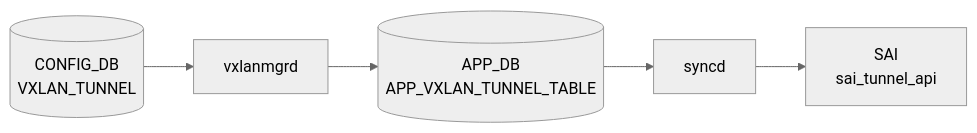
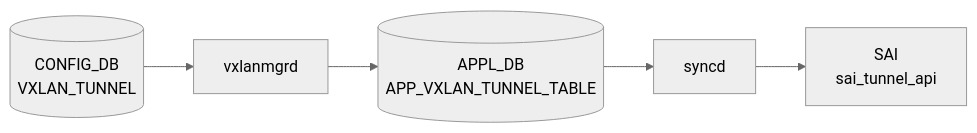
The first of 2 diagrams in docs/reference/config-db/tunnel-encap-orch.md (aoki-taquan/sonic-unofficial-docs), drawn with Mermaid (neutral theme) before and after one commit. The commit also changed 91 other files, not shown here.

First line of the commit message:
fix(review-067): APP_DB→APPL_DB in mermaid labels; exclude APPL_DB pages from auto-gen

````diff
--- a/docs/reference/config-db/tunnel-encap-orch.md
+++ b/docs/reference/config-db/tunnel-encap-orch.md
@@ -44,12 +44,12 @@
 ```mermaid
 flowchart LR
   CDB[("CONFIG_DB<br/>VXLAN_TUNNEL")]
   DM["vxlanmgrd"]
   CDB --> DM
-  APPDB[("APP_DB<br/>APP_VXLAN_TUNNEL_TABLE")]
+  APPDB[("APPL_DB<br/>APP_VXLAN_TUNNEL_TABLE")]
   DM --> APPDB
   SYNCD["syncd"]
   APPDB --> SYNCD
   SAI["SAI<br/>sai_tunnel_api"]
   SYNCD --> SAI
 ```
````
